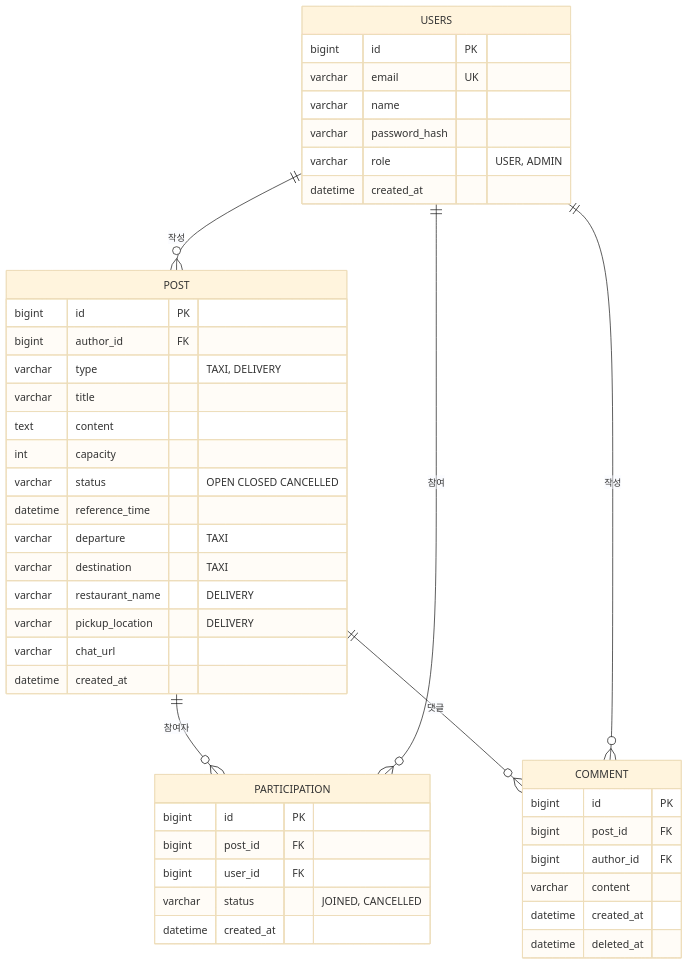
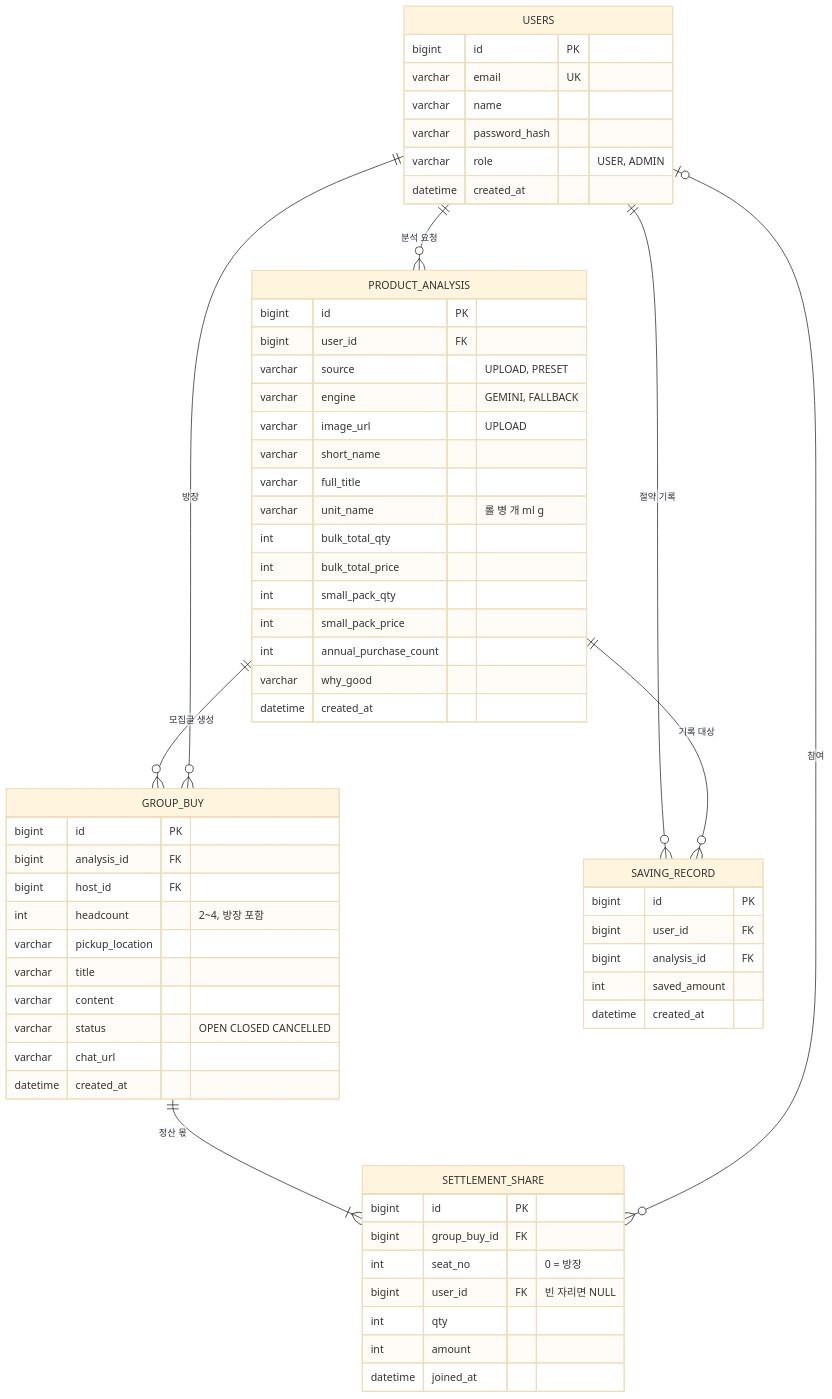
One commit to enderpawar/Gwayook-team6 changed the diagram in docs/ERD.md. Above: the diagram before and after it, drawn with Mermaid (base theme). The commit also changed other lines of this file and 1 other file, not shown here.

First line of the commit message:
docs: ERD를 긱스플리터 기능정의서 기준으로 재설계, PRD 모델을 Gemini 3.8 Flash로 갱신

````diff
--- a/docs/ERD.md
+++ b/docs/ERD.md
@@ -5,51 +5,68 @@
 ```mermaid
 erDiagram
-    USERS ||--o{ POST : "작성"
-    POST ||--o{ PARTICIPATION : "참여자"
-    USERS ||--o{ PARTICIPATION : "참여"
-    POST ||--o{ COMMENT : "댓글"
-    USERS ||--o{ COMMENT : "작성"
+    USERS ||--o{ PRODUCT_ANALYSIS : "분석 요청"
+    PRODUCT_ANALYSIS ||--o{ GROUP_BUY : "모집글 생성"
+    USERS ||--o{ GROUP_BUY : "방장"
+    GROUP_BUY ||--|{ SETTLEMENT_SHARE : "정산 몫"
+    USERS |o--o{ SETTLEMENT_SHARE : "참여"
+    USERS ||--o{ SAVING_RECORD : "절약 기록"
+    PRODUCT_ANALYSIS ||--o{ SAVING_RECORD : "기록 대상"
 
     USERS {
         bigint id PK
         varchar email UK
         varchar name
         varchar password_hash
         varchar role "USER, ADMIN"
         datetime created_at
     }
 
-    POST {
+    PRODUCT_ANALYSIS {
         bigint id PK
-        bigint author_id FK
-        varchar type "TAXI, DELIVERY"
+        bigint user_id FK
+        varchar source "UPLOAD, PRESET"
+        varchar engine "GEMINI, FALLBACK"
+        varchar image_url "UPLOAD"
+        varchar short_name
+        varchar full_title
+        varchar unit_name "롤 병 개 ml g"
+        int bulk_total_qty
+        int bulk_total_price
+        int small_pack_qty
+        int small_pack_price
+        int annual_purchase_count
+        varchar why_good
+        datetime created_at
+    }
+
+    GROUP_BUY {
+        bigint id PK
+        bigint analysis_id FK
+        bigint host_id FK
+        int headcount "2~4, 방장 포함"
+        varchar pickup_location
         varchar title
-        text content
-        int capacity
+        varchar content
         varchar status "OPEN CLOSED CANCELLED"
-        datetime reference_time
-        varchar departure "TAXI"
-        varchar destination "TAXI"
-        varchar restaurant_name "DELIVERY"
-        varchar pickup_location "DELIVERY"
         varchar chat_url
         datetime created_at
     }
 
-    PARTICIPATION {
+    SETTLEMENT_SHARE {
         bigint id PK
-        bigint post_id FK
+        bigint group_buy_id FK
+        int seat_no "0 = 방장"
+        bigint user_id FK "빈 자리면 NULL"
+        int qty
+        int amount
+        datetime joined_at
+    }
+
+    SAVING_RECORD {
+        bigint id PK
         bigint user_id FK
-        varchar status "JOINED, CANCELLED"
+        bigint analysis_id FK
+        int saved_amount
         datetime created_at
     }
-
-    COMMENT {
-        bigint id PK
-        bigint post_id FK
-        bigint author_id FK
-        varchar content
-        datetime created_at
-        datetime deleted_at
-    }
 ```
````
